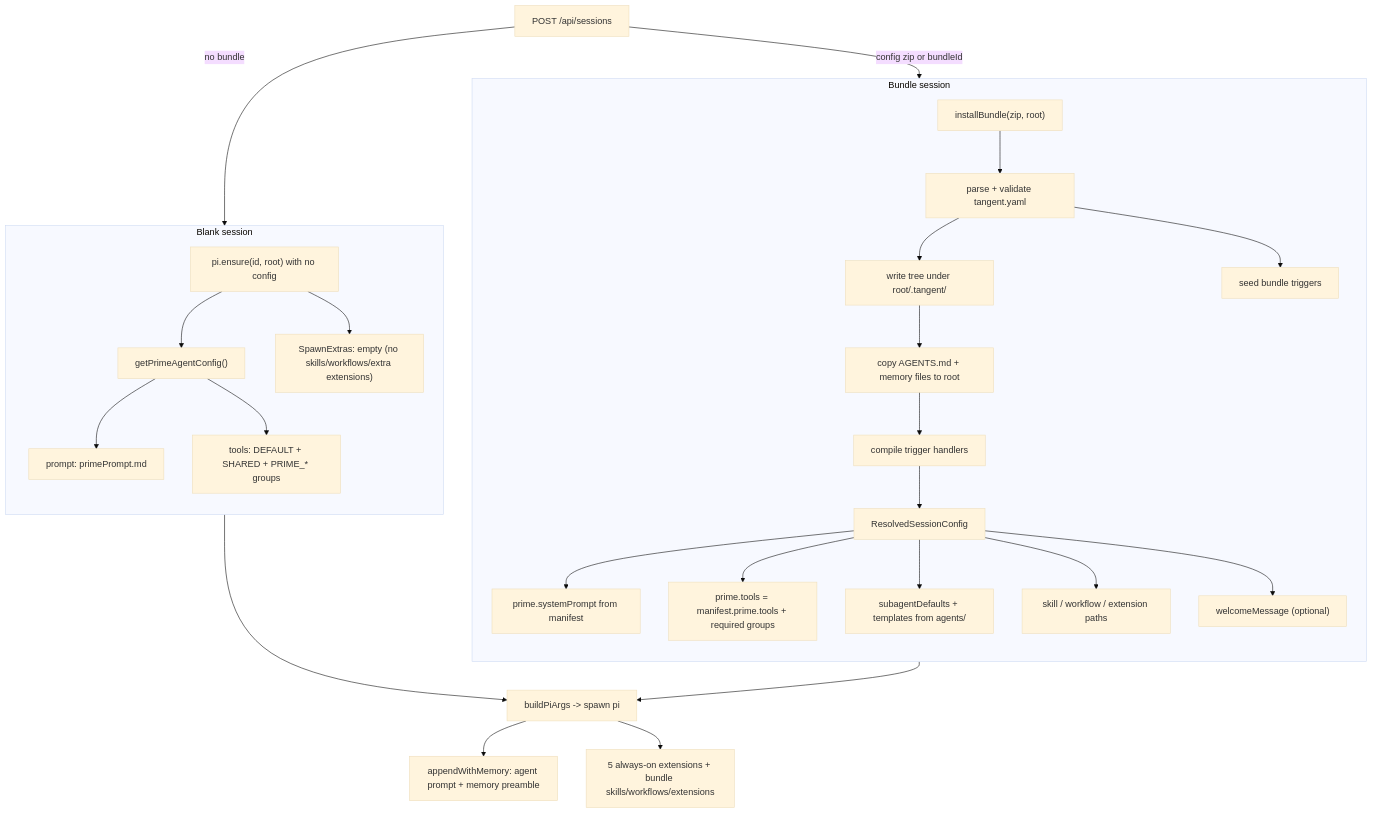
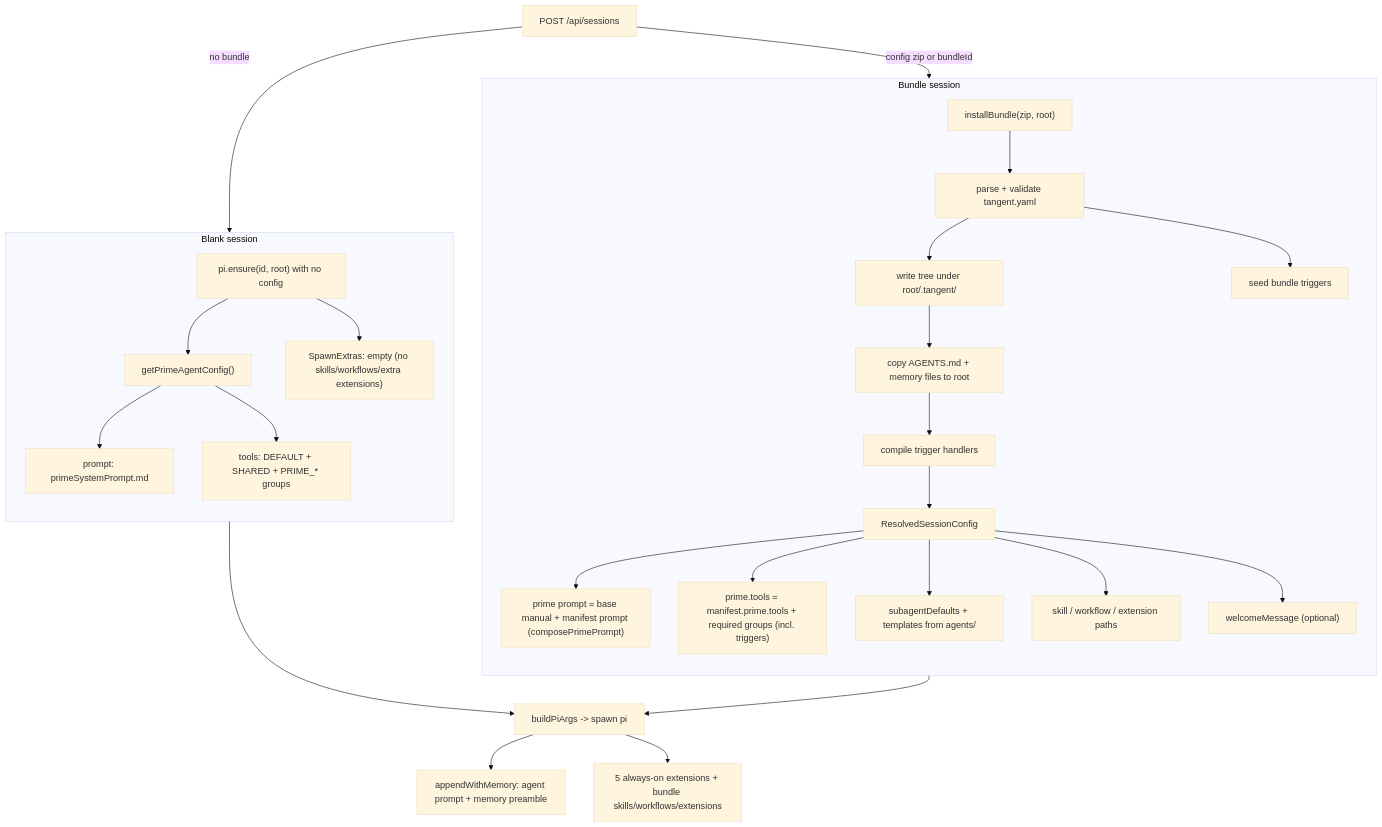
One commit to TangleML/tangent-shell changed the first of 2 diagrams in docs/server/extensions-and-prompts.md. Above: the diagram before and after it, drawn with Mermaid (base theme). The commit also changed other lines of this file and 33 other files, not shown here.

Commit message:
- chore: fine-tune system prompts so all sessions have access to shell tools - chore: persist state of the ui extensions

````diff
--- a/docs/server/extensions-and-prompts.md
+++ b/docs/server/extensions-and-prompts.md
@@ -60,42 +60,42 @@
 ```mermaid
 flowchart TB
   Create["POST /api/sessions"]
   Create -->|"no bundle"| Blank
   Create -->|"config zip or bundleId"| Bundle
 
   subgraph Blank [Blank session]
     direction TB
     B1["pi.ensure(id, root) with no config"]
     B2["getPrimeAgentConfig()"]
-    B3["prompt: primePrompt.md"]
+    B3["prompt: primeSystemPrompt.md"]
     B4["tools: DEFAULT + SHARED + PRIME_* groups"]
     B5["SpawnExtras: empty (no skills/workflows/extra extensions)"]
     B1 --> B2 --> B3
     B2 --> B4
     B1 --> B5
   end
 
   subgraph Bundle [Bundle session]
     direction TB
     U1["installBundle(zip, root)"]
     U2["parse + validate tangent.yaml"]
     U3["write tree under root/.tangent/"]
     U4["copy AGENTS.md + memory files to root"]
     U5["compile trigger handlers"]
     U6["ResolvedSessionConfig"]
-    U7["prime.systemPrompt from manifest"]
-    U8["prime.tools = manifest.prime.tools + required groups"]
+    U7["prime prompt = base manual + manifest prompt (composePrimePrompt)"]
+    U8["prime.tools = manifest.prime.tools + required groups (incl. triggers)"]
     U9["subagentDefaults + templates from agents/"]
     U10["skill / workflow / extension paths"]
     U11["welcomeMessage (optional)"]
     U12["seed bundle triggers"]
     U1 --> U2 --> U3 --> U4 --> U5 --> U6
     U6 --> U7 & U8 & U9 & U10 & U11
     U2 --> U12
   end
 
   Blank --> Spawn["buildPiArgs -> spawn pi"]
   Bundle --> Spawn
   Spawn --> Mem["appendWithMemory: agent prompt + memory preamble"]
   Spawn --> Ext["5 always-on extensions + bundle skills/workflows/extensions"]
 ```
````
